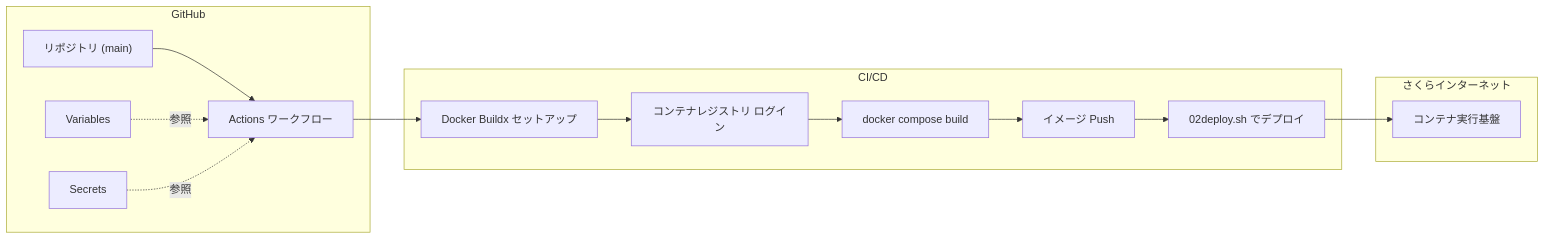
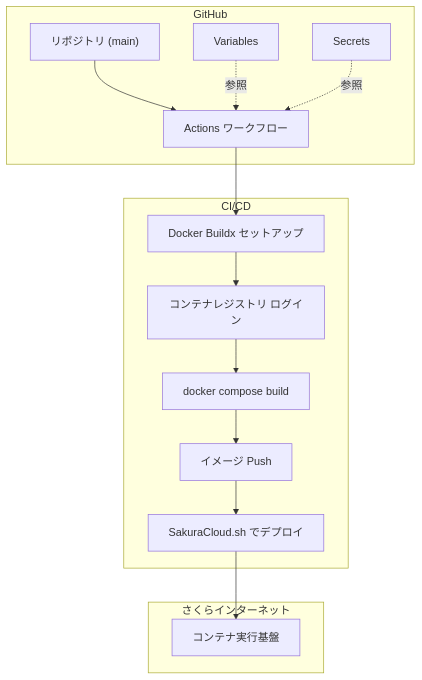
The second of 2 diagrams in README.md (kamiyn/SendgridParquetLog), drawn with Mermaid before and after one commit. The commit also changed other lines of this file, not shown here.

Commit message:
図の流れを LR から TD に変更

````diff
--- a/README.md
+++ b/README.md
@@ -358,27 +366,27 @@
 ```mermaid
-flowchart LR
+flowchart TD
   subgraph GitHub
     repo["リポジトリ (main)"]
     actions["Actions ワークフロー"]
     vars["Variables"]
     secrets["Secrets"]
   end
 
   subgraph CI[CI/CD]
     buildx["Docker Buildx セットアップ"]
     login["コンテナレジストリ ログイン"]
     build["docker compose build"]
     push["イメージ Push"]
-    deploy["02deploy.sh でデプロイ"]
+    deploy["SakuraCloud.sh でデプロイ"]
   end
 
   subgraph Sakura[さくらインターネット]
     platform["コンテナ実行基盤"]
   end
 
   repo --> actions
   actions --> buildx --> login --> build --> push --> deploy --> platform
 
   vars -. 参照 .-> actions
   secrets -. 参照 .-> actions
 ```
````
